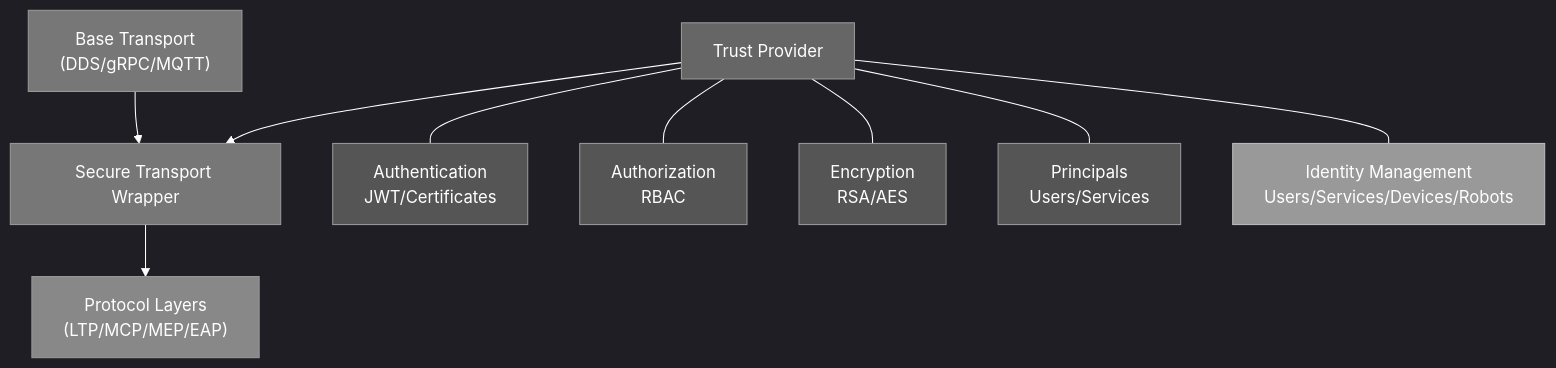
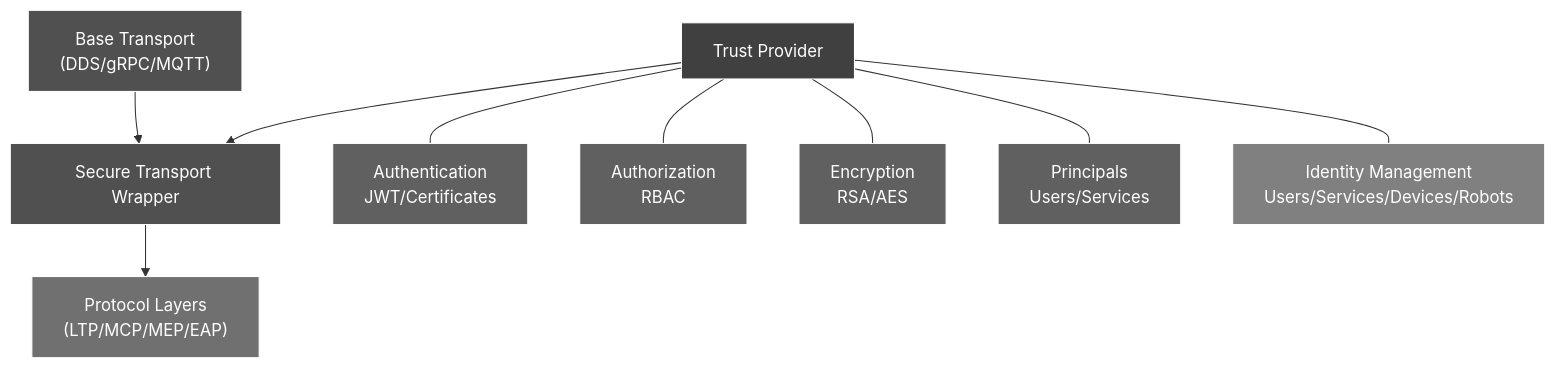
Before and after one commit to mbhatt1/ecps-sdk: diagram 11 of 14 in DesignDoc.md, drawn with Mermaid. The commit also changed other lines of this file, not shown here.

Commit message:
Adding trust layer + fix diagrams

````diff
--- a/DesignDoc.md
+++ b/DesignDoc.md
@@ -804,40 +803,39 @@
 ```mermaid
-%%{init: {'theme': 'dark', 'themeVariables': { 'primaryColor': '#666666', 'primaryTextColor': '#ffffff', 'primaryBorderColor': '#999999', 'lineColor': '#ffffff', 'secondaryColor': '#777777', 'tertiaryColor': '#555555', 'background': '#2d2d2d', 'mainBkg': '#666666', 'secondBkg': '#777777', 'tertiaryColor': '#888888'}}}%%
 flowchart TB
     %% Trust Layer Integration
     TrustProvider["Trust Provider"]
     SecureTransport["Secure Transport Wrapper"]
     BaseTransport["Base Transport<br>(DDS/gRPC/MQTT)"]
     Protocol["Protocol Layers<br>(LTP/MCP/MEP/EAP)"]
     
     %% Trust Components
     Authentication["Authentication<br>JWT/Certificates"]
     Authorization["Authorization<br>RBAC"]
     Encryption["Encryption<br>RSA/AES"]
     Principals["Principals<br>Users/Services"]
     Identity["Identity Management<br>Users/Services/Devices/Robots"]
     
     %% Flow
     TrustProvider --- Authentication
     TrustProvider --- Authorization
     TrustProvider --- Encryption
     TrustProvider --- Principals
     TrustProvider --- Identity
     
     TrustProvider --> SecureTransport
     BaseTransport --> SecureTransport
     SecureTransport --> Protocol
     
     %% Styling
-    classDef provider fill:#666666,stroke:#999999,color:#ffffff
-    classDef transport fill:#777777,stroke:#999999,color:#ffffff
-    classDef component fill:#555555,stroke:#999999,color:#ffffff
-    classDef protocol fill:#888888,stroke:#999999,color:#ffffff
-    classDef identity fill:#999999,stroke:#bbbbbb,color:#ffffff
+    classDef provider fill:#404040,stroke:#ffffff,color:#ffffff
+    classDef transport fill:#505050,stroke:#ffffff,color:#ffffff
+    classDef component fill:#606060,stroke:#ffffff,color:#ffffff
+    classDef protocol fill:#707070,stroke:#ffffff,color:#ffffff
+    classDef identity fill:#808080,stroke:#ffffff,color:#ffffff
     
     class TrustProvider provider
     class SecureTransport,BaseTransport transport
     class Authentication,Authorization,Encryption,Principals component
     class Protocol protocol
     class Identity identity
 ```
````
